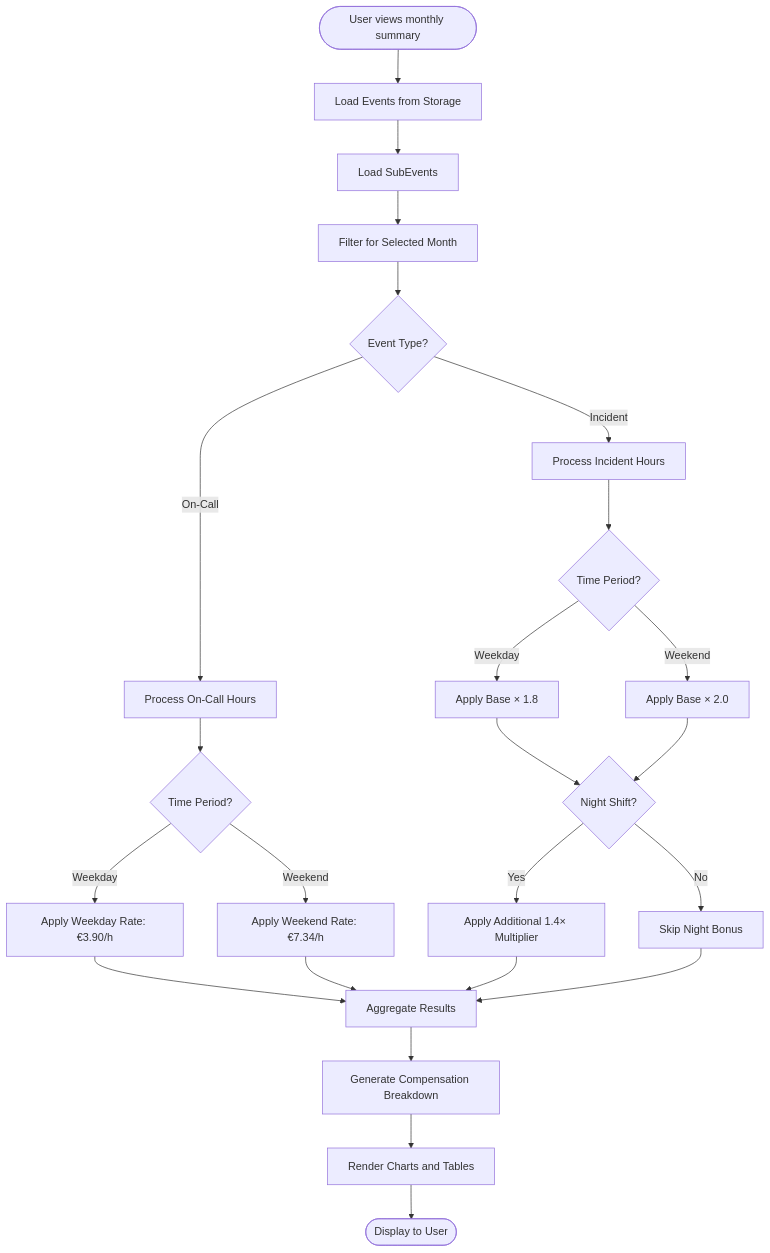
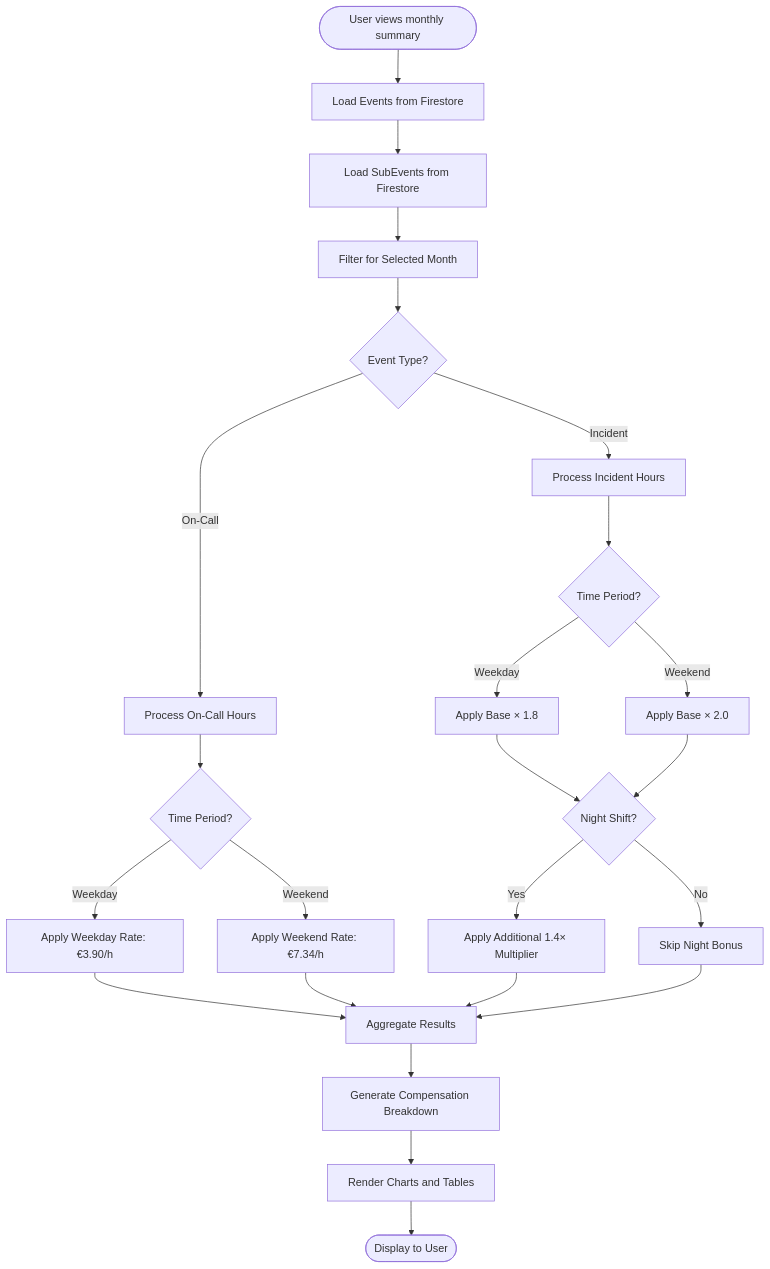
Before and after one commit to RoyCrivolotti/calendar-calculator: the second of 5 diagrams in README.md, drawn with Mermaid. The commit also changed other lines of this file and 26 other files, not shown here.

````diff
--- a/README.md
+++ b/README.md
@@ -81,32 +91,32 @@
 ```mermaid
 flowchart TD
-    Start([User views monthly summary]) --> LoadEvents[Load Events from Storage]
-    LoadEvents --> LoadSubEvents[Load SubEvents]
+    Start([User views monthly summary]) --> LoadEvents[Load Events from Firestore]
+    LoadEvents --> LoadSubEvents[Load SubEvents from Firestore]
     LoadSubEvents --> FilterMonth[Filter for Selected Month]
     
     FilterMonth --> A{Event Type?}
     A -->|On-Call| ProcessOnCall[Process On-Call Hours]
     A -->|Incident| ProcessIncident[Process Incident Hours]
     
     ProcessOnCall --> B{Time Period?}
     B -->|Weekday| CalcWeekdayOnCall[Apply Weekday Rate: €3.90/h]
     B -->|Weekend| CalcWeekendOnCall[Apply Weekend Rate: €7.34/h]
     
     ProcessIncident --> C{Time Period?}
     C -->|Weekday| CalcWeekdayIncident[Apply Base × 1.8]
     C -->|Weekend| CalcWeekendIncident[Apply Base × 2.0]
     
     CalcWeekdayIncident --> D{Night Shift?}
     CalcWeekendIncident --> D
     D -->|Yes| ApplyNightBonus[Apply Additional 1.4× Multiplier]
     D -->|No| SkipNightBonus[Skip Night Bonus]
     
     CalcWeekdayOnCall --> AggregateResults[Aggregate Results]
     CalcWeekendOnCall --> AggregateResults
     ApplyNightBonus --> AggregateResults
     SkipNightBonus --> AggregateResults
     
     AggregateResults --> GenerateBreakdown[Generate Compensation Breakdown]
     GenerateBreakdown --> RenderVisualizations[Render Charts and Tables]
     RenderVisualizations --> End([Display to User])
 ```
````
